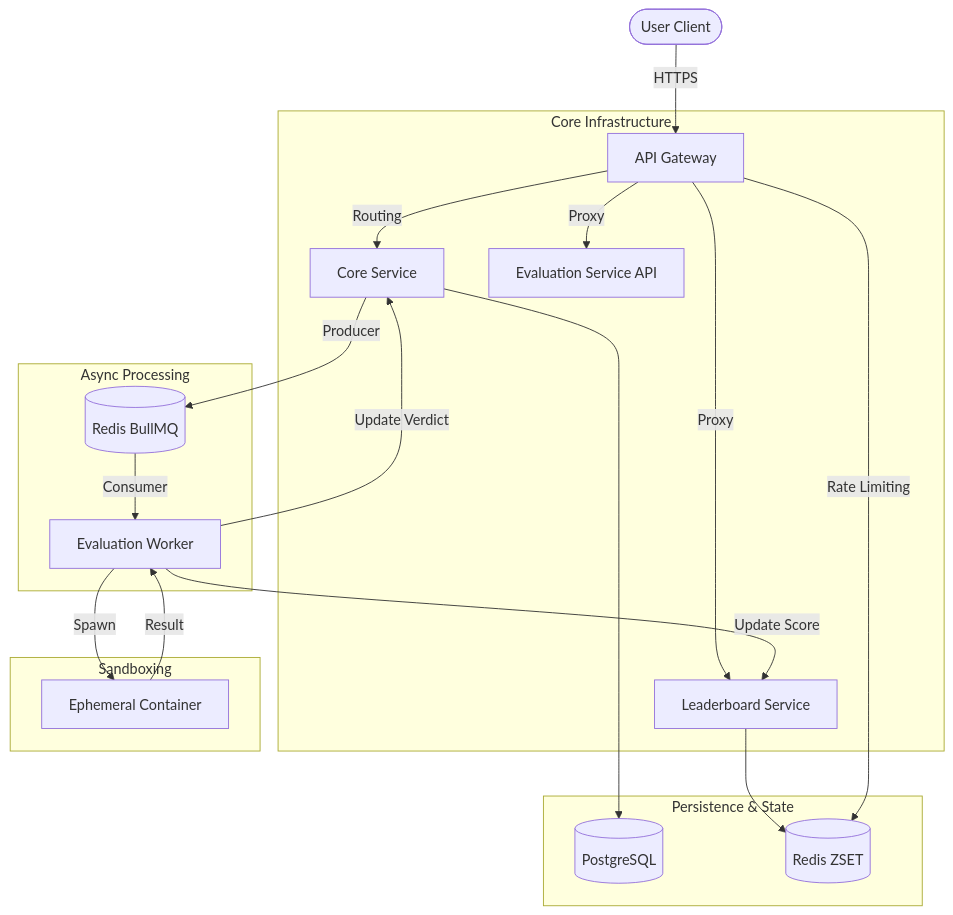
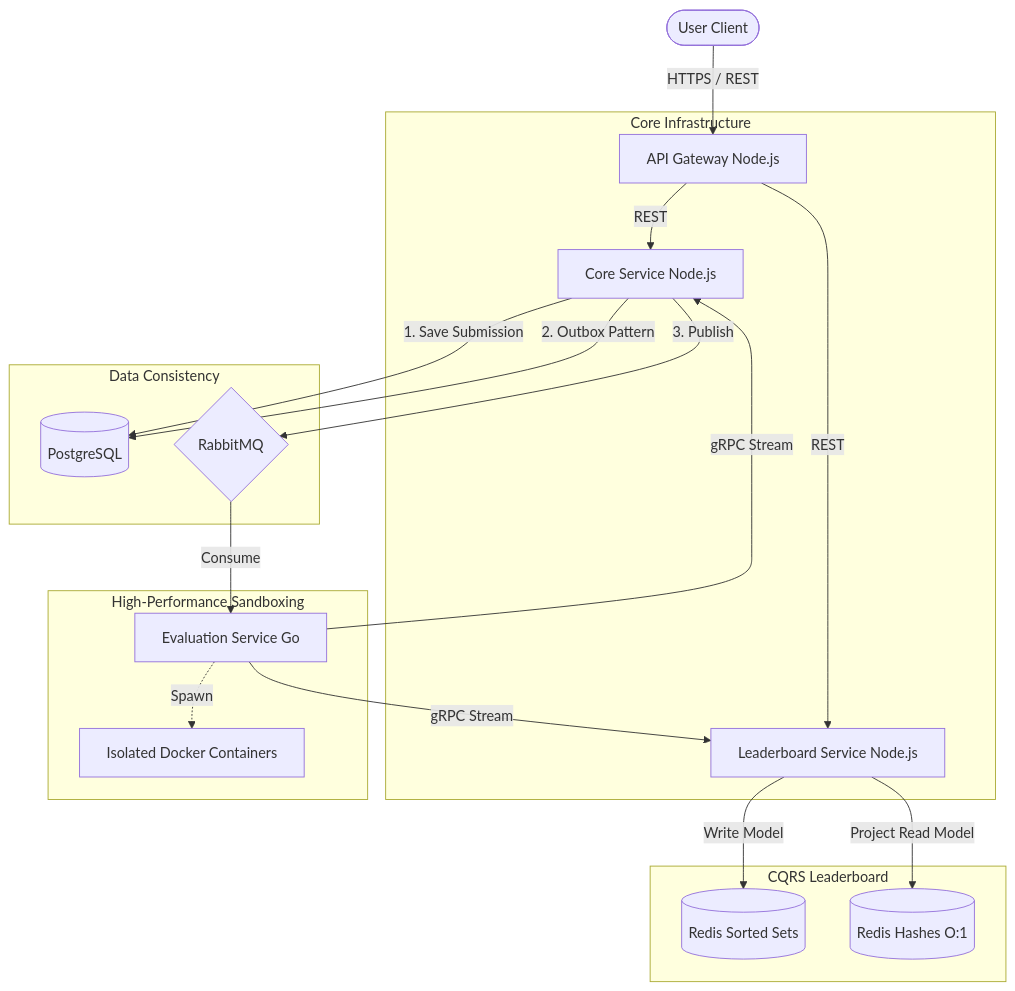
The diagram in README.md (DevLikhith5/CodeWarzz), drawn with Mermaid before and after one commit. The commit also changed other lines of this file and 25 other files, not shown here.

````diff
--- a/README.md
+++ b/README.md
@@ -20,28 +27,27 @@
 ```mermaid
 graph TD
-    Client([User Client]) -->|HTTPS| Gateway[API Gateway]
+    Client([User Client]) -->|HTTPS / REST| Gateway[API Gateway Node.js]
     
     subgraph Core Infrastructure
-        Gateway -->|Routing| Core[Core Service]
-        Gateway -->|Proxy| Leaderboard[Leaderboard Service]
-        Gateway -->|Proxy| EvalAPI[Evaluation Service API]
+        Gateway -->|REST| Core[Core Service Node.js]
+        Gateway -->|REST| Leaderboard[Leaderboard Service Node.js]
     end
 
-    subgraph Async Processing
-        Core -->|Producer| RedisQueue[(Redis BullMQ)]
-        RedisQueue -->|Consumer| Worker[Evaluation Worker]
-        Worker -->|Update Verdict| Core
-        Worker -->|Update Score| Leaderboard
+    subgraph Data Consistency
+        Core -->|1. Save Submission| DB[(PostgreSQL)]
+        Core -->|2. Outbox Pattern| DB
+        Core -->|3. Publish| RMQ{RabbitMQ}
     end
 
-    subgraph Sandboxing
-        Worker -->|Spawn| Sandbox[Ephemeral Container]
-        Sandbox -->|Result| Worker
+    subgraph High-Performance Sandboxing
+        RMQ -->|Consume| Eval[Evaluation Service Go]
+        Eval -.->|Spawn| Sandbox[Isolated Docker Containers]
+        Eval -->|gRPC Stream| Core
+        Eval -->|gRPC Stream| Leaderboard
     end
 
-    subgraph Persistence & State
-        Core --> Postgres[(PostgreSQL)]
-        Leaderboard --> RedisCache[(Redis ZSET)]
-        Gateway -->|Rate Limiting| RedisCache
+    subgraph CQRS Leaderboard
+        Leaderboard -->|Write Model| RedisZ[(Redis Sorted Sets)]
+        Leaderboard -->|Project Read Model| RedisH[(Redis Hashes O:1)]
     end
 ```
````
